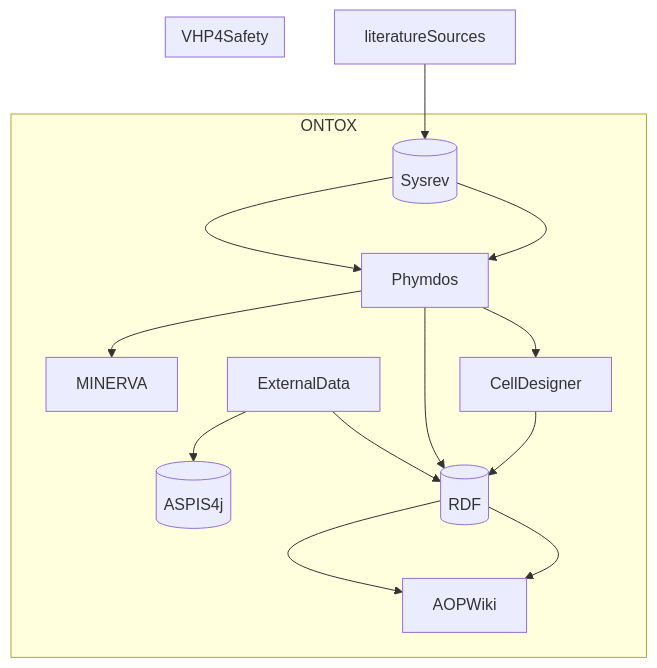
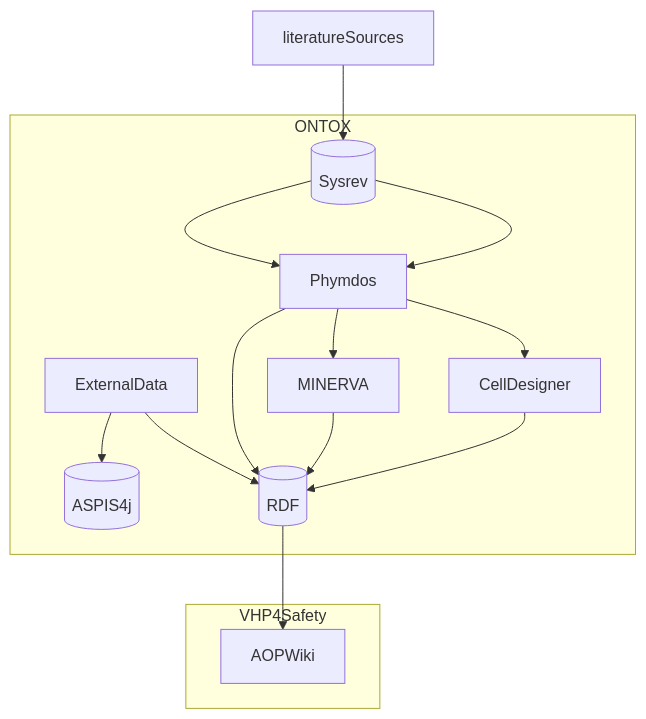
The diagram in ONTOX-vs-VHP4Safety.md (ontox-hu/workflows), drawn with Mermaid before and after one commit.

````diff
--- a/ONTOX-vs-VHP4Safety.md
+++ b/ONTOX-vs-VHP4Safety.md
@@ -1,19 +1,22 @@
 ```mermaid
 flowchart TB
     literatureSources-->Sysrev[(Sysrev)]
+    
     subgraph ONTOX
     Sysrev[(Sysrev)]-->Phymdos
     Phymdos-->MINERVA
     Phymdos-->CellDesigner
     ExternalData-->ASPIS4j[(ASPIS4j)]
     CellDesigner-->RDF[(RDF)]
-    RDF[(RDF)]-->AOPWiki
+    MINERVA-->RDF[(RDF)]
+    
     end
+    
     subgraph VHP4Safety
     Sysrev[(Sysrev)]-->Phymdos
     Phymdos-->RDF[(RDF)]
     RDF[(RDF)]-->AOPWiki
     ExternalData-->RDF[(RDF)]
     end
     
 ```
````
